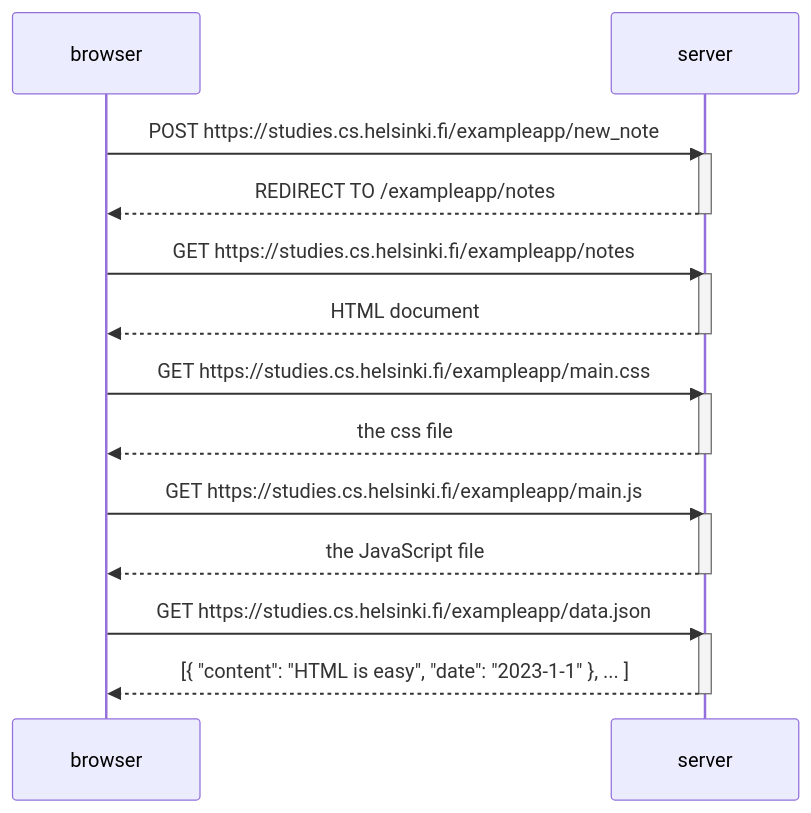
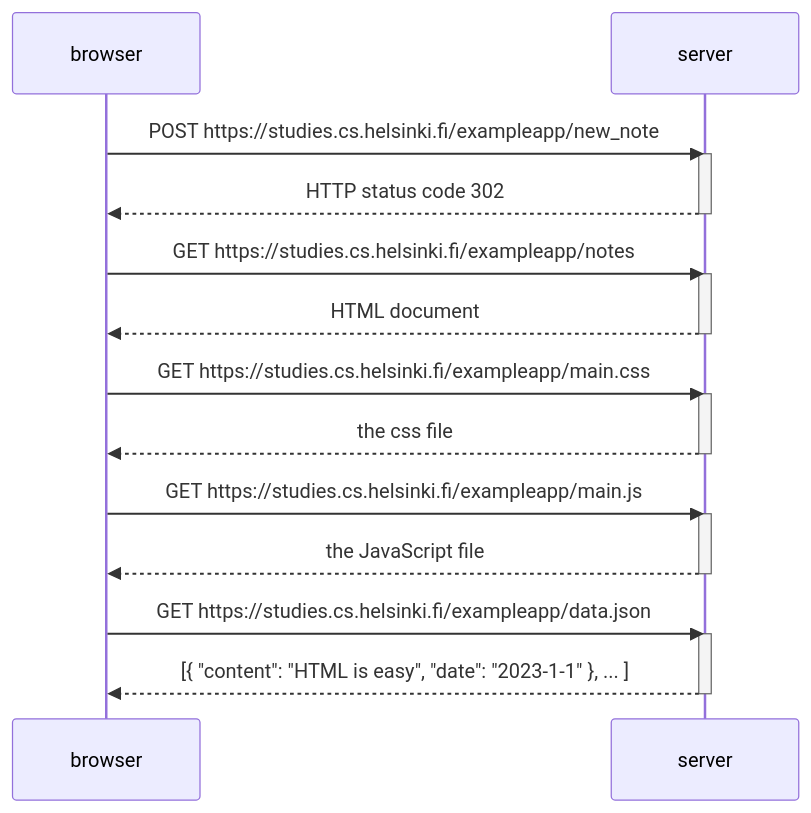
Before and after one commit to REV3NSS/FullStack: the diagram in 04file3.md, drawn with Mermaid.

````diff
--- a/04file3.md
+++ b/04file3.md
@@ -1,30 +1,30 @@
 ```mermaid
     sequenceDiagram
     participant browser
     participant server
 
     browser->>server: POST https://studies.cs.helsinki.fi/exampleapp/new_note
     activate server
-    server-->>browser: REDIRECT TO /exampleapp/notes
+    server-->>browser: HTTP status code 302
     deactivate server
 
     browser->>server: GET https://studies.cs.helsinki.fi/exampleapp/notes
     activate server
     server-->>browser: HTML document
     deactivate server
 
     browser->>server: GET https://studies.cs.helsinki.fi/exampleapp/main.css
     activate server
     server-->>browser: the css file
     deactivate server
 
     browser->>server: GET https://studies.cs.helsinki.fi/exampleapp/main.js
     activate server
     server-->>browser: the JavaScript file
     deactivate server
 
     browser->>server: GET https://studies.cs.helsinki.fi/exampleapp/data.json
     activate server
     server-->>browser: [{ "content": "HTML is easy", "date": "2023-1-1" }, ... ]
     deactivate server
 ```
````
